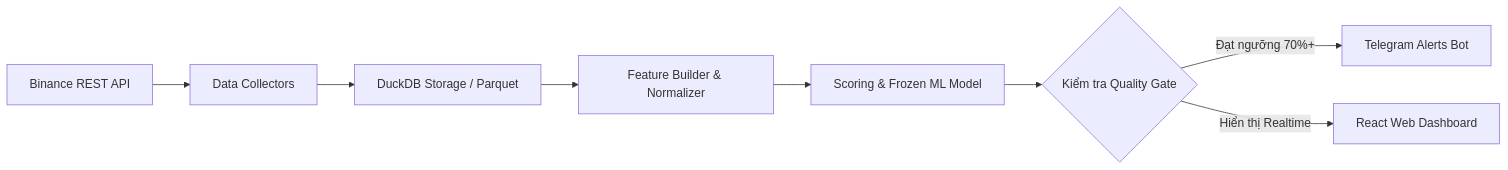
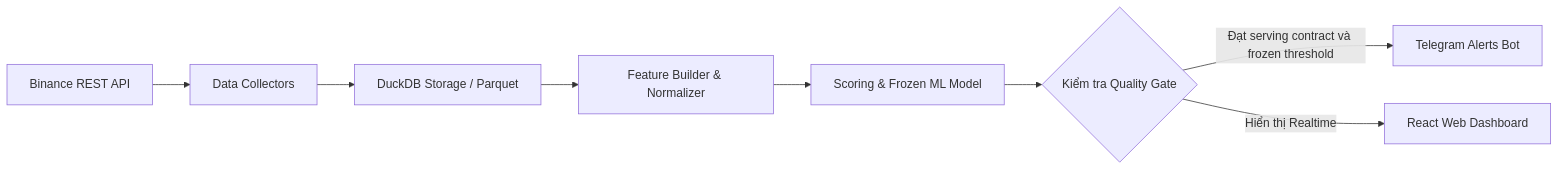
Before and after one commit to mrcanlaco/Dao-Vang-Peak-Pulse: the diagram in README.md, drawn with Mermaid. The commit also changed other lines of this file and 70 other files, not shown here.

````diff
--- a/README.md
+++ b/README.md
@@ -91,10 +100,10 @@
 ```mermaid
 flowchart LR
     A[Binance REST API] --> B[Data Collectors]
     B --> C[DuckDB Storage / Parquet]
     C --> D[Feature Builder & Normalizer]
     D --> E[Scoring & Frozen ML Model]
     E --> F{Kiểm tra Quality Gate}
-    F -->|Đạt ngưỡng 70%+| G[Telegram Alerts Bot]
+    F -->|Đạt serving contract và frozen threshold| G[Telegram Alerts Bot]
     F -->|Hiển thị Realtime| H[React Web Dashboard]
 ```
````
